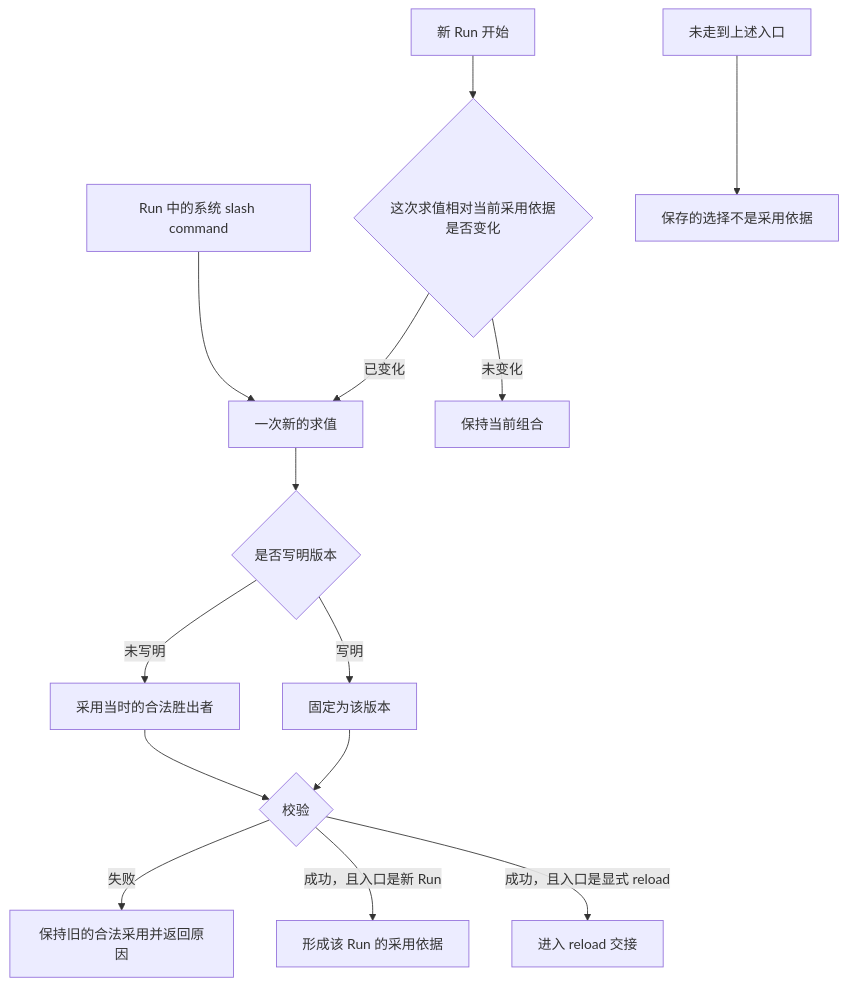
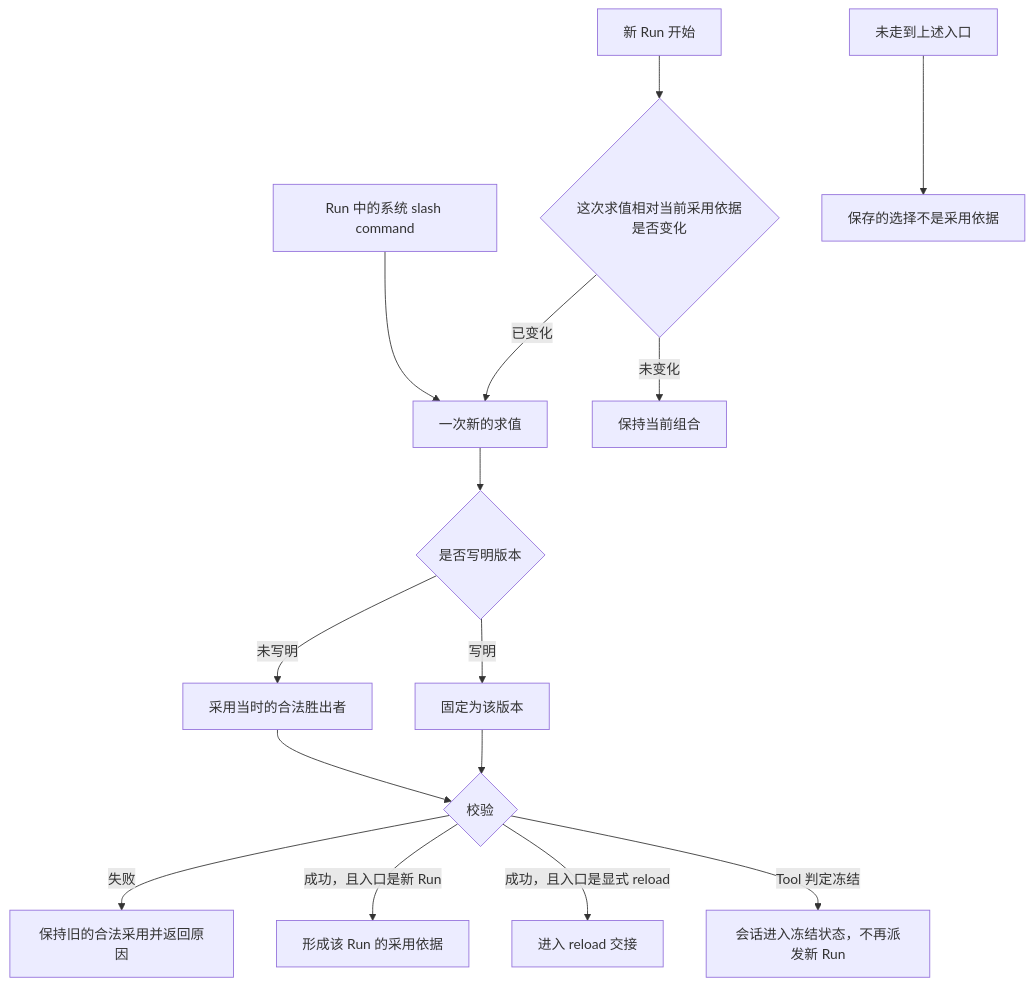
The first of 2 diagrams in docs/architecture/runtime/assembly-and-change.md (nemori-ai/omne-harness-lite), drawn with Mermaid before and after one commit. The commit also changed other lines of this file and 11 other files, not shown here.

````diff
--- a/docs/architecture/runtime/assembly-and-change.md
+++ b/docs/architecture/runtime/assembly-and-change.md
@@ -58,16 +62,17 @@
 ```mermaid
 flowchart TD
   runStart[新 Run 开始] --> compare{这次求值相对当前采用依据是否变化}
   slash[Run 中的系统 slash command] --> eval[一次新的求值]
   compare -->|未变化| keep[保持当前组合]
   compare -->|已变化| eval
   eval --> named{是否写明版本}
   named -->|未写明| winner[采用当时的合法胜出者]
   named -->|写明| pinned[固定为该版本]
   winner --> check{校验}
   pinned --> check
   check -->|失败| old[保持旧的合法采用并返回原因]
   check -->|成功，且入口是新 Run| runBasis[形成该 Run 的采用依据]
   check -->|成功，且入口是显式 reload| handoff[进入 reload 交接]
+  check -->|Tool 判定冻结| frozen[会话进入冻结状态，不再派发新 Run]
   outside[未走到上述入口] --> saved[保存的选择不是采用依据]
 ```
````
